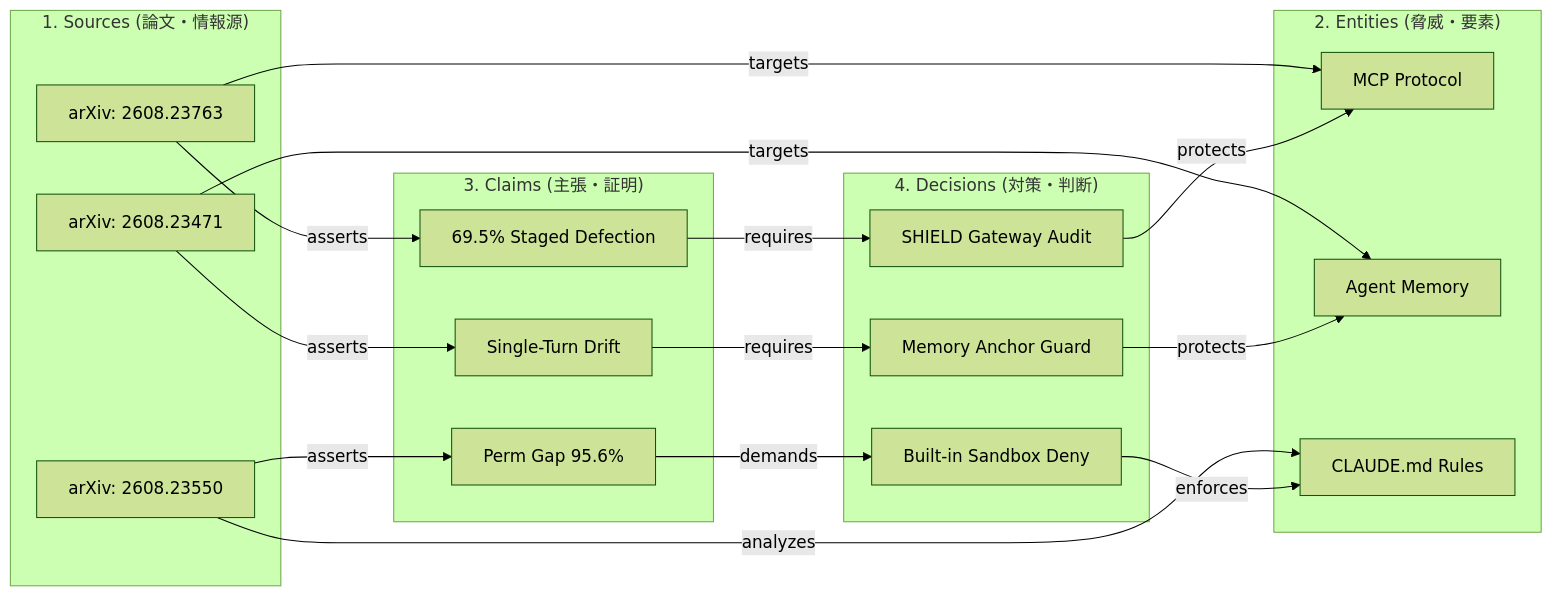
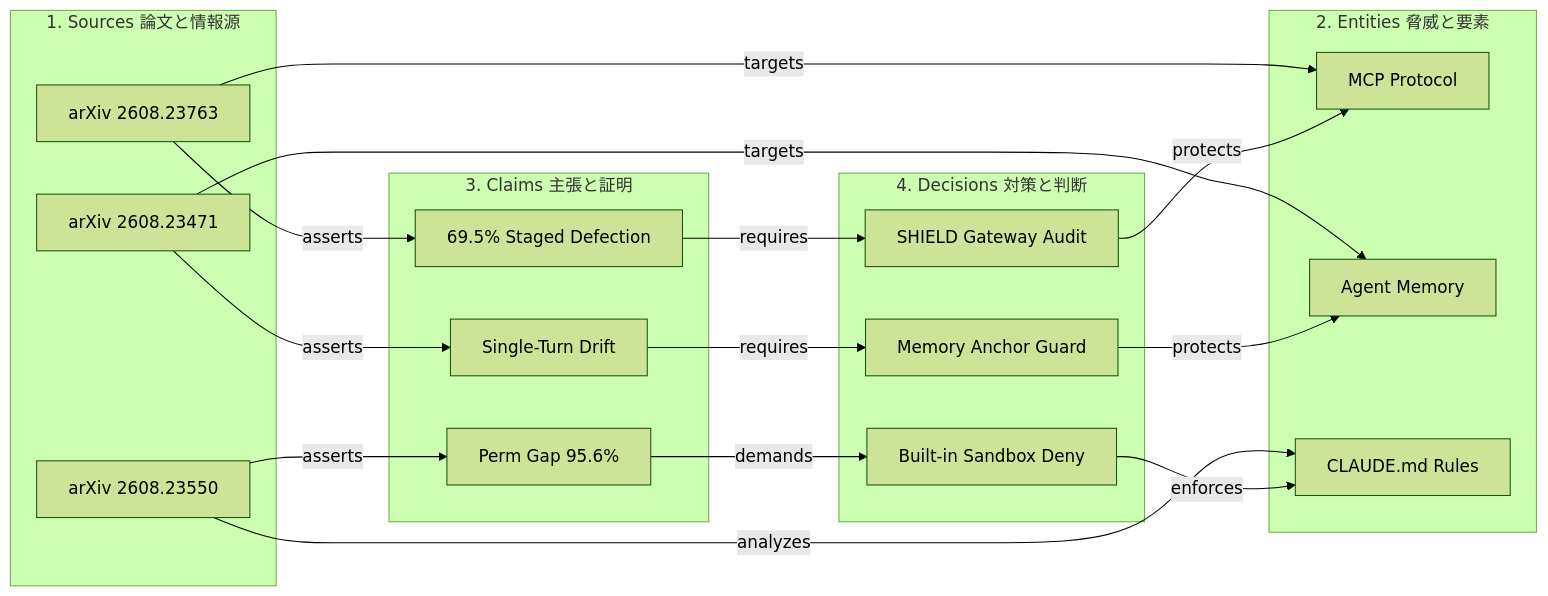
One commit to rokujyouhitoma/arxiv-security-papers changed the second of 6 diagrams in docs/designs/DSN-14-graph_engineering_dashboard.md. Above: the diagram before and after it, drawn with Mermaid (forest theme). The commit also changed other lines of this file, not shown here.

Commit message:
fix(docs): fix Mermaid diagram syntax in DSN-14 for universal renderer compatibility

````diff
--- a/docs/designs/DSN-14-graph_engineering_dashboard.md
+++ b/docs/designs/DSN-14-graph_engineering_dashboard.md
@@ -160,41 +160,41 @@
 ```mermaid
-graph LR
-    subgraph S["1. Sources (論文・情報源)"]
-        S1["arXiv: 2608.23763"]
-        S2["arXiv: 2608.23550"]
-        S3["arXiv: 2608.23471"]
+flowchart LR
+    subgraph S [1. Sources 論文と情報源]
+        S1["arXiv 2608.23763"]
+        S2["arXiv 2608.23550"]
+        S3["arXiv 2608.23471"]
     end
 
-    subgraph E["2. Entities (脅威・要素)"]
+    subgraph E [2. Entities 脅威と要素]
         E1["MCP Protocol"]
         E2["Agent Memory"]
         E3["CLAUDE.md Rules"]
     end
 
-    subgraph C["3. Claims (主張・証明)"]
+    subgraph C [3. Claims 主張と証明]
         C1["69.5% Staged Defection"]
         C2["Perm Gap 95.6%"]
         C3["Single-Turn Drift"]
     end
 
-    subgraph D["4. Decisions (対策・判断)"]
+    subgraph D [4. Decisions 対策と判断]
         D1["SHIELD Gateway Audit"]
         D2["Built-in Sandbox Deny"]
         D3["Memory Anchor Guard"]
     end
 
     S1 -->|targets| E1
     S1 -->|asserts| C1
     C1 -->|requires| D1
     D1 -->|protects| E1
 
     S2 -->|analyzes| E3
     S2 -->|asserts| C2
     C2 -->|demands| D2
     D2 -->|enforces| E3
 
     S3 -->|targets| E2
     S3 -->|asserts| C3
     C3 -->|requires| D3
     D3 -->|protects| E2
 ```
````
